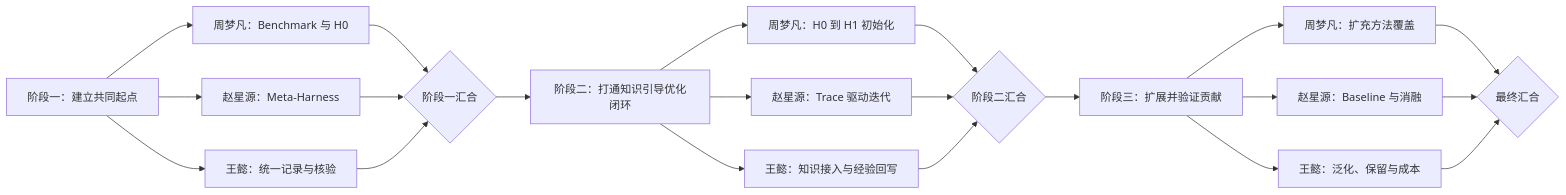
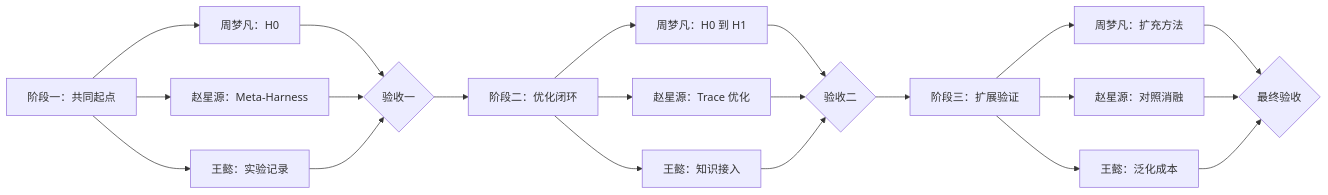
Before and after one commit to estreallaxy/knowledge-guided-harness-evolution: the diagram in docs/team-execution-plan.md, drawn with Mermaid. The commit also changed other lines of this file, not shown here.

````diff
--- a/docs/team-execution-plan.md
+++ b/docs/team-execution-plan.md
@@ -5,31 +5,30 @@
 ```mermaid
 flowchart LR
-    S1[阶段一：建立共同起点]
-    S2[阶段二：打通知识引导优化闭环]
-    S3[阶段三：扩展并验证贡献]
+    A[阶段一：共同起点]
+    B{验收一}
+    B --> C[阶段二：优化闭环]
+    D{验收二}
+    D --> E[阶段三：扩展验证]
+    F{最终验收}
 
-    G1{阶段一汇合} --> S2
-    G2{阶段二汇合} --> S3
-    G3{最终汇合}
+    A --> A1[周梦凡：H0]
+    A --> A2[赵星源：Meta-Harness]
+    A --> A3[王懿：实验记录]
+    A1 --> B
+    A2 --> B
+    A3 --> B
 
-    S1 --> ZM1[周梦凡：Benchmark 与 H0]
-    S1 --> ZX1[赵星源：Meta-Harness]
-    S1 --> WY1[王懿：统一记录与核验]
-    ZM1 --> G1
-    ZX1 --> G1
-    WY1 --> G1
+    C --> C1[周梦凡：H0 到 H1]
+    C --> C2[赵星源：Trace 优化]
+    C --> C3[王懿：知识接入]
+    C1 --> D
+    C2 --> D
+    C3 --> D
 
-    S2 --> ZM2[周梦凡：H0 到 H1 初始化]
-    S2 --> ZX2[赵星源：Trace 驱动迭代]
-    S2 --> WY2[王懿：知识接入与经验回写]
-    ZM2 --> G2
-    ZX2 --> G2
-    WY2 --> G2
-
-    S3 --> ZM3[周梦凡：扩充方法覆盖]
-    S3 --> ZX3[赵星源：Baseline 与消融]
-    S3 --> WY3[王懿：泛化、保留与成本]
-    ZM3 --> G3
-    ZX3 --> G3
-    WY3 --> G3
+    E --> E1[周梦凡：扩充方法]
+    E --> E2[赵星源：对照消融]
+    E --> E3[王懿：泛化成本]
+    E1 --> F
+    E2 --> F
+    E3 --> F
 ```
````
